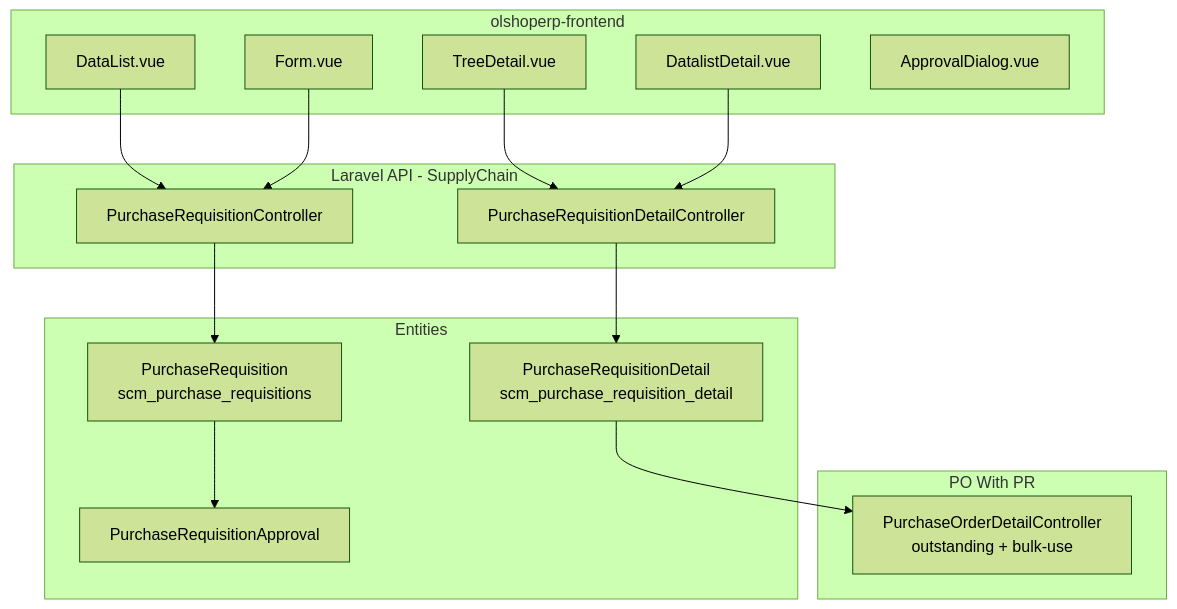
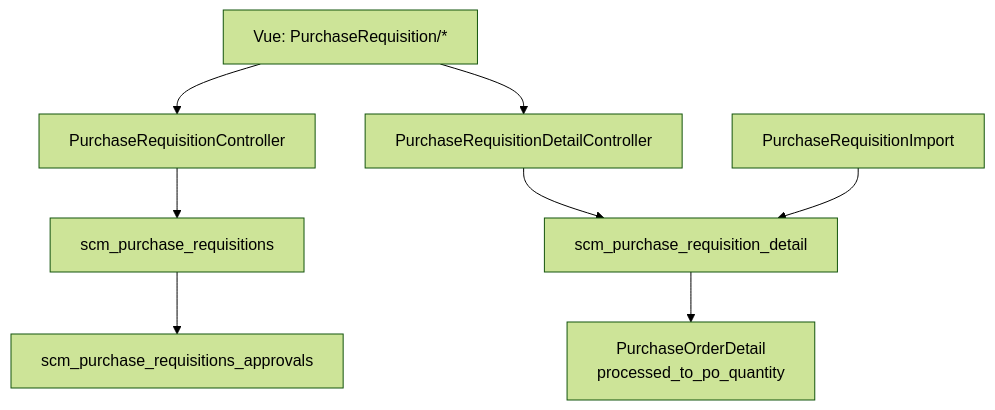
One commit to yendyr/olshoperp-docs changed the diagram in qa-docs/supplychain-purchase-requisition/technical.md. Above: the diagram before and after it, drawn with Mermaid (forest theme). The commit also changed other lines of this file and 84 other files, not shown here.

````diff
--- a/qa-docs/supplychain-purchase-requisition/technical.md
+++ b/qa-docs/supplychain-purchase-requisition/technical.md
@@ -28,34 +18,10 @@
 ```mermaid
 flowchart TB
-    subgraph Frontend["olshoperp-frontend"]
-        DL[DataList.vue]
-        FM[Form.vue]
-        TD[TreeDetail.vue]
-        DD[DatalistDetail.vue]
-        AD[ApprovalDialog.vue]
-    end
-
-    subgraph API["Laravel API - SupplyChain"]
-        PRC[PurchaseRequisitionController]
-        PRDC[PurchaseRequisitionDetailController]
-    end
-
-    subgraph Domain["Entities"]
-        PR[PurchaseRequisition\nscm_purchase_requisitions]
-        PRD[PurchaseRequisitionDetail\nscm_purchase_requisition_detail]
-        PRA[PurchaseRequisitionApproval]
-    end
-
-    subgraph Downstream["PO With PR"]
-        POD[PurchaseOrderDetailController\noutstanding + bulk-use]
-    end
-
-    DL --> PRC
-    FM --> PRC
-    TD --> PRDC
-    DD --> PRDC
-    PRC --> PR
-    PRDC --> PRD
-    PR --> PRA
-    PRD --> POD
+    FE["Vue: PurchaseRequisition/*"] --> PRC["PurchaseRequisitionController"]
+    FE --> PRDC["PurchaseRequisitionDetailController"]
+    PRC --> PR["scm_purchase_requisitions"]
+    PRDC --> PRD["scm_purchase_requisition_detail"]
+    PRD --> PO["PurchaseOrderDetail\nprocessed_to_po_quantity"]
+    PR --> APP["scm_purchase_requisitions_approvals"]
+    IMP["PurchaseRequisitionImport"] --> PRD
 ```
````
